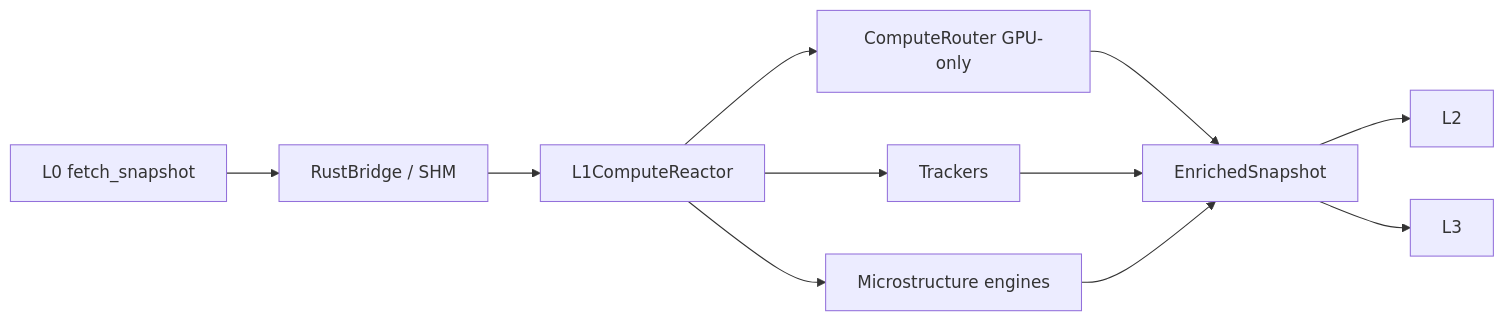
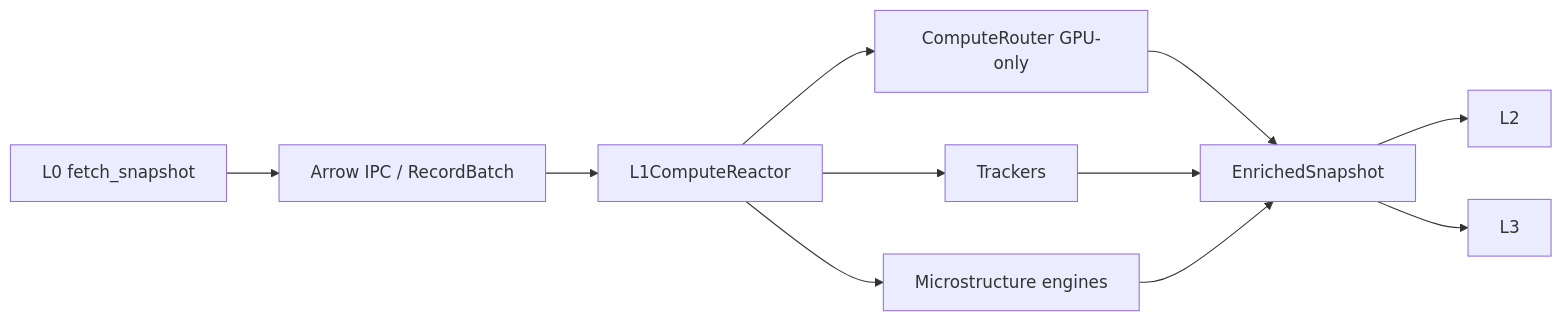
Before and after one commit to Skioleeya/option_trading: the diagram in docs/SOP/L1_LOCAL_COMPUTATION.md, drawn with Mermaid. The commit also changed other lines of this file and 290 other files, not shown here.

````diff
--- a/docs/SOP/L1_LOCAL_COMPUTATION.md
+++ b/docs/SOP/L1_LOCAL_COMPUTATION.md
@@ -12,13 +12,13 @@
 ```mermaid
 flowchart LR
-  A[L0 fetch_snapshot] --> B[RustBridge / SHM]
+  A[L0 fetch_snapshot] --> B[Arrow IPC / RecordBatch]
   B --> C[L1ComputeReactor]
   C --> D[ComputeRouter GPU-only]
   C --> E[Trackers]
   C --> F[Microstructure engines]
   D --> G[EnrichedSnapshot]
   E --> G
   F --> G
   G --> H[L2]
   G --> I[L3]
 ```
````
